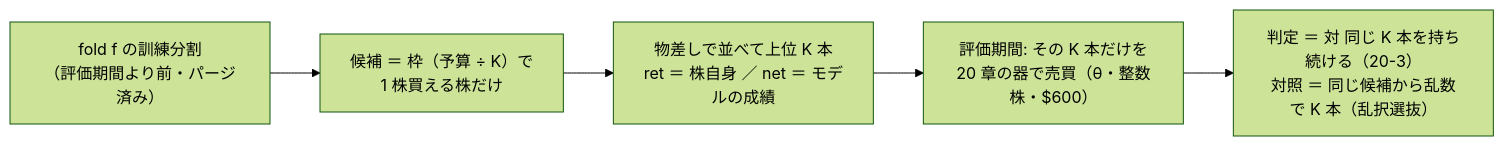
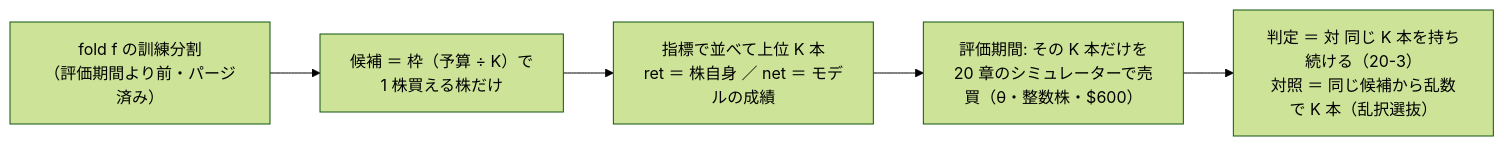
One commit to akiraak/ai-income-lab changed diagram 33 of 38 in docs/specs/experiments/feature-discovery/rules.md. Above: the diagram before and after it, drawn with Mermaid (forest theme). The commit also changed other lines of this file and 45 other files, not shown here.

````diff
--- a/docs/specs/experiments/feature-discovery/rules.md
+++ b/docs/specs/experiments/feature-discovery/rules.md
@@ -2049,7 +2049,7 @@
 ```mermaid
 flowchart LR
   TR["fold f の訓練分割<br/>（評価期間より前・パージ済み）"] --> P["候補 ＝ 枠（予算 ÷ K）で<br/>1 株買える株だけ"]
-  P --> S["物差しで並べて上位 K 本<br/>ret ＝ 株自身 ／ net ＝ モデルの成績"]
-  S --> TE["評価期間: その K 本だけを<br/>20 章の器で売買（θ・整数株・$600）"]
+  P --> S["指標で並べて上位 K 本<br/>ret ＝ 株自身 ／ net ＝ モデルの成績"]
+  S --> TE["評価期間: その K 本だけを<br/>20 章のシミュレーターで売買（θ・整数株・$600）"]
   TE --> J["判定 ＝ 対 同じ K 本を持ち続ける（20-3）<br/>対照 ＝ 同じ候補から乱数で K 本（乱択選抜）"]
 ```
````
